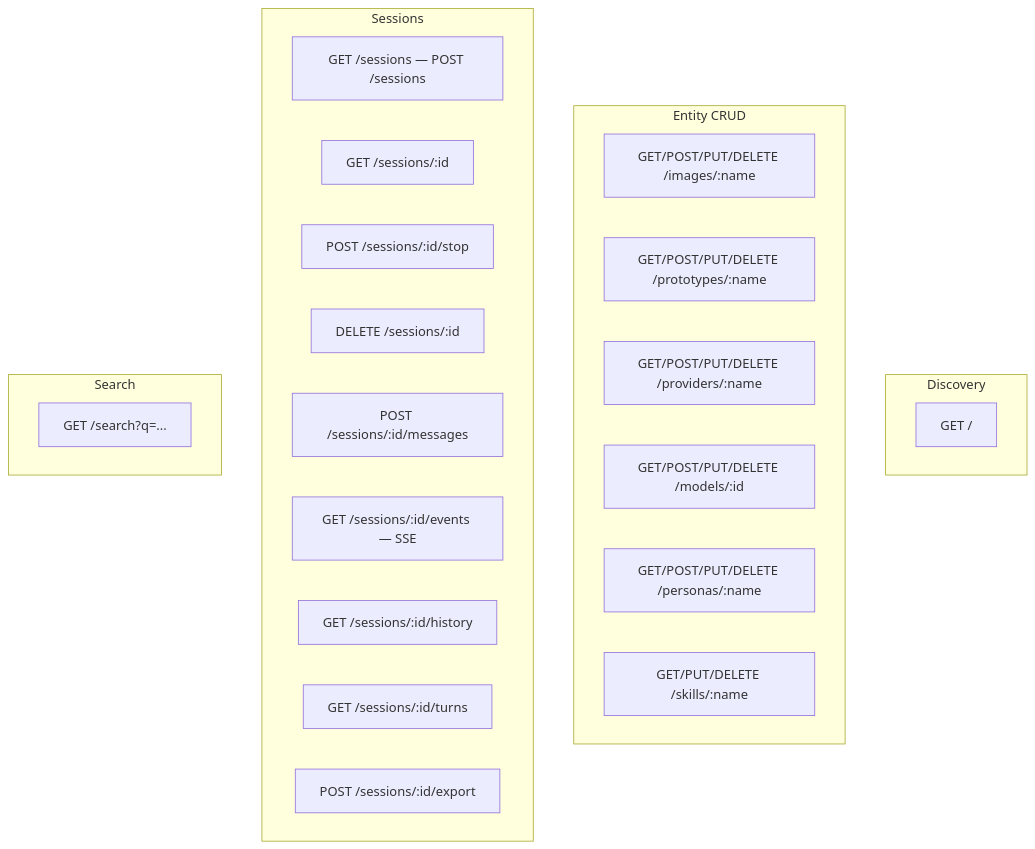
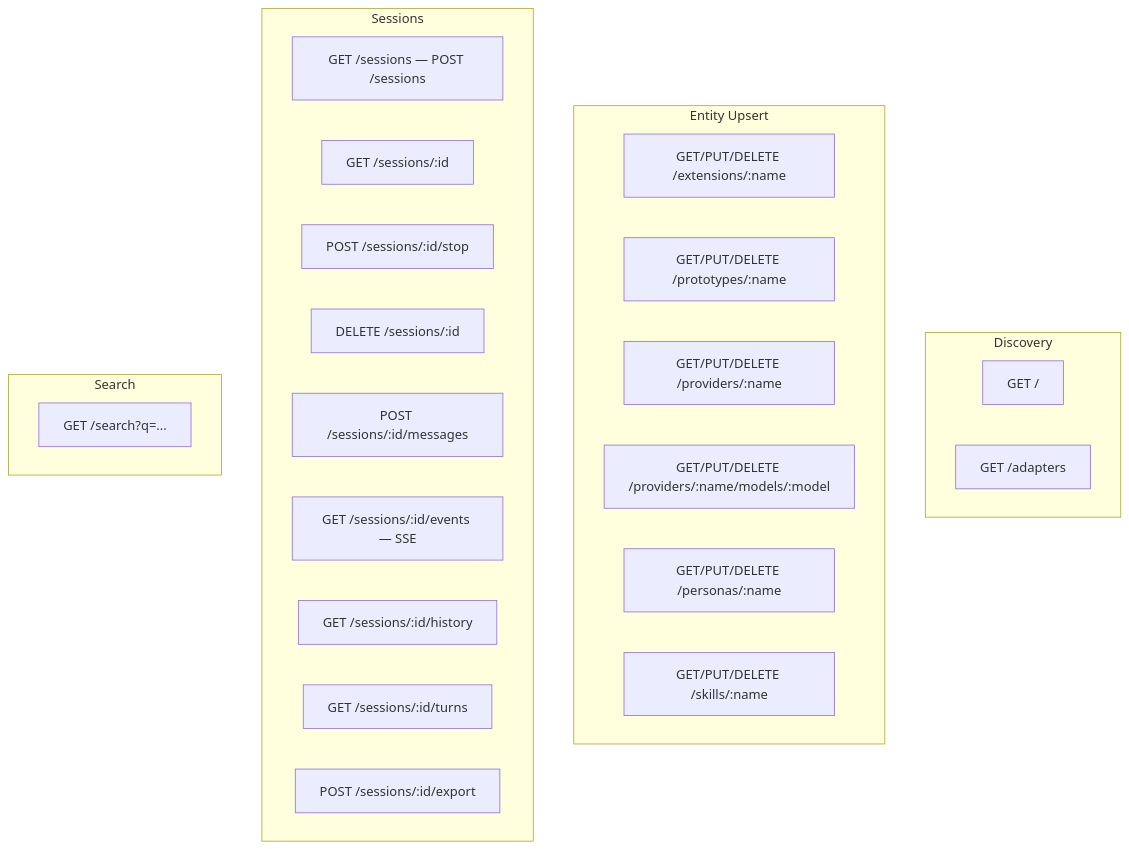
Before and after one commit to shazhou-ww/sumeru: the diagram in cards/host-service.md, drawn with Mermaid. The commit also changed other lines of this file and 384 other files, not shown here.

````diff
--- a/cards/host-service.md
+++ b/cards/host-service.md
@@ -31,28 +33,29 @@
 ```mermaid
 flowchart TB
   subgraph Discovery
     R1[GET /]
+    R1a[GET /adapters]
   end
-  subgraph "Entity CRUD"
-    R2[GET/POST/PUT/DELETE /images/:name]
-    R3[GET/POST/PUT/DELETE /prototypes/:name]
-    R4[GET/POST/PUT/DELETE /providers/:name]
-    R5[GET/POST/PUT/DELETE /models/:id]
-    R6[GET/POST/PUT/DELETE /personas/:name]
+  subgraph "Entity Upsert"
+    R2[GET/PUT/DELETE /extensions/:name]
+    R3[GET/PUT/DELETE /prototypes/:name]
+    R4[GET/PUT/DELETE /providers/:name]
+    R5[GET/PUT/DELETE /providers/:name/models/:model]
+    R6[GET/PUT/DELETE /personas/:name]
     R7[GET/PUT/DELETE /skills/:name]
   end
   subgraph Sessions
     R8[GET /sessions — POST /sessions]
     R9[GET /sessions/:id]
     R10[POST /sessions/:id/stop]
     R11[DELETE /sessions/:id]
     R12[POST /sessions/:id/messages]
     R13[GET /sessions/:id/events — SSE]
     R14[GET /sessions/:id/history]
     R15[GET /sessions/:id/turns]
     R16[POST /sessions/:id/export]
   end
   subgraph Search
     R17[GET /search?q=...]
   end
 ```
````
